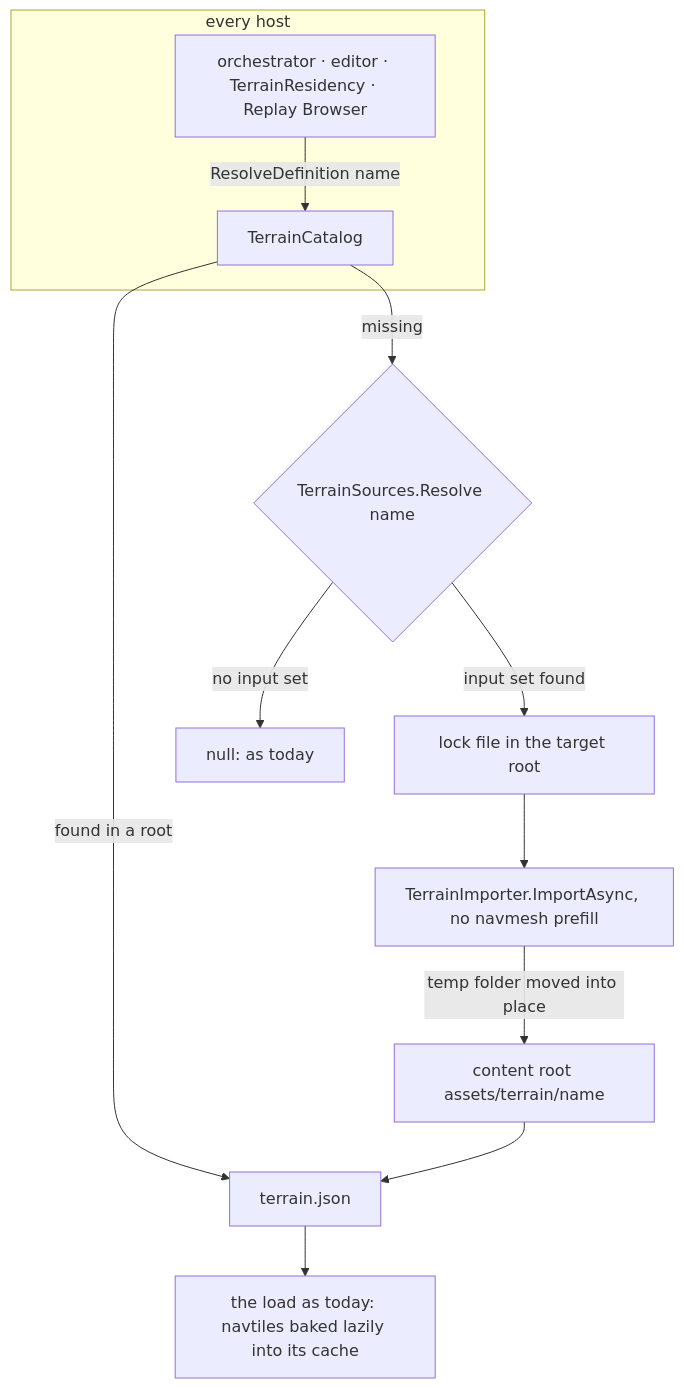
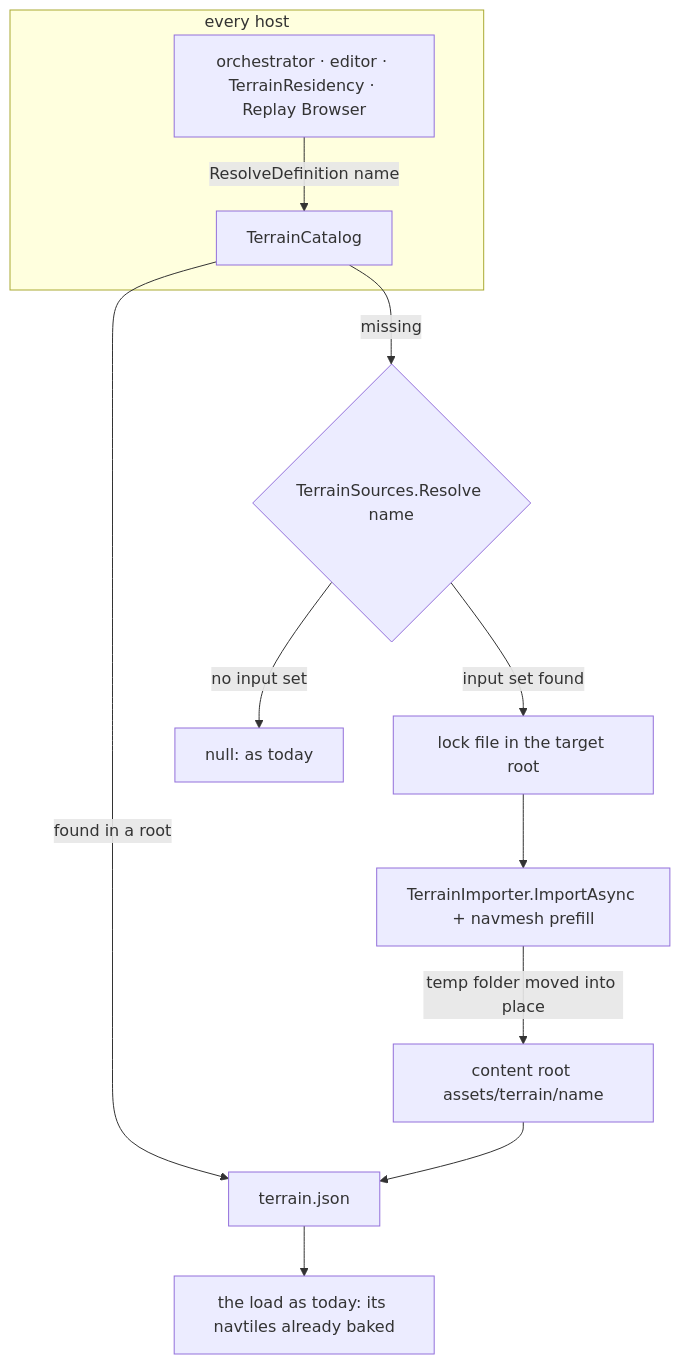
Before and after one commit to pjanec/HROT: diagram 20 of 22 in docs/DESIGN_Terrain_Import_UTM.md, drawn with Mermaid. The commit also changed other lines of this file and 1 other file, not shown here.

Commit message:
CE-11037: design F-3 revised - the first-use import prefills the navmesh (user)
Claude-Session: https://claude.ai/code/session_01LFZqNkpk13fSVwoxif7U7u

````diff
--- a/docs/DESIGN_Terrain_Import_UTM.md
+++ b/docs/DESIGN_Terrain_Import_UTM.md
@@ -1282,14 +1282,14 @@
 ```mermaid
 graph TD
   subgraph every host
     H[orchestrator · editor · TerrainResidency · Replay Browser] -->|ResolveDefinition name| C[TerrainCatalog]
   end
   C -->|found in a root| D[terrain.json]
   C -->|missing| S{TerrainSources.Resolve name}
   S -->|no input set| N[null: as today]
   S -->|input set found| L[lock file in the target root]
-  L --> I[TerrainImporter.ImportAsync, no navmesh prefill]
+  L --> I[TerrainImporter.ImportAsync + navmesh prefill]
   I -->|temp folder moved into place| T[content root assets/terrain/name]
   T --> D
-  D --> R[the load as today: navtiles baked lazily into its cache]
+  D --> R[the load as today: its navtiles already baked]
 ```
````
